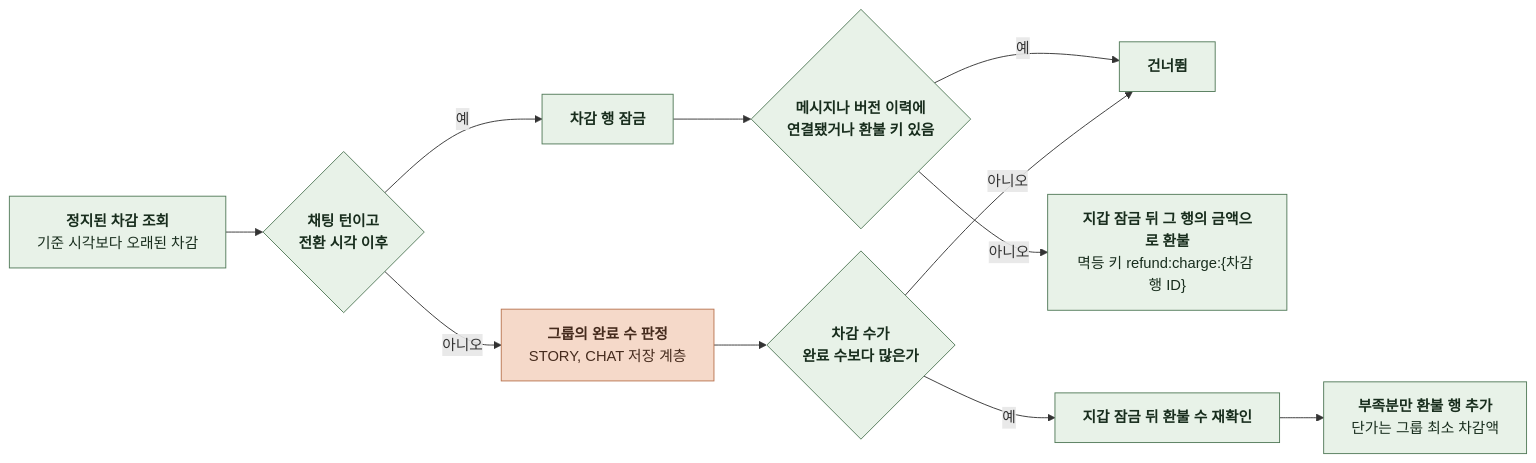
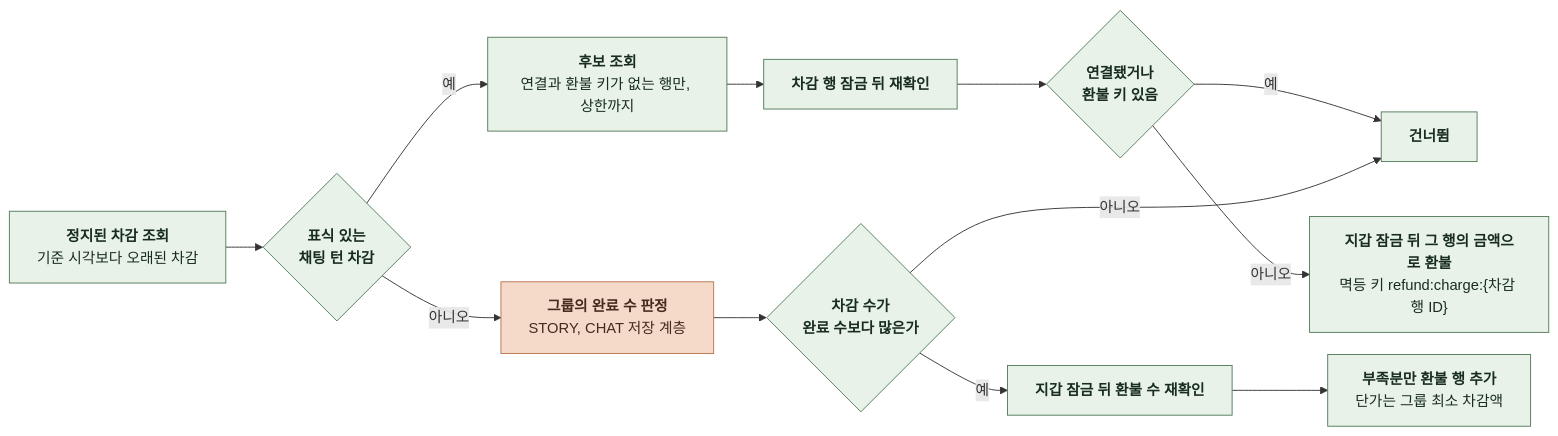
Before and after one commit to KIM-N-KANG/knk-harness: diagram 14 of 14 in docs/domain/PAYMENT/BACKEND/4-1-PIPELINES.md, drawn with Mermaid. The commit also changed other lines of this file and 15 other files, not shown here.

````diff
--- a/docs/domain/PAYMENT/BACKEND/4-1-PIPELINES.md
+++ b/docs/domain/PAYMENT/BACKEND/4-1-PIPELINES.md
@@ -397,25 +398,27 @@
 ```mermaid
 %%{init: {"flowchart": {"curve": "basis", "nodeSpacing": 24, "rankSpacing": 40}}}%%
 flowchart LR
     A["`**정지된 차감 조회**
-기준 시각보다 오래된 차감`"] --> K{"`**채팅 턴이고
-전환 시각 이후**`"}
-    K -->|예| R1["`**차감 행 잠금**`"]
-    R1 --> R2{"`**메시지나 버전 이력에
-연결됐거나 환불 키 있음**`"}
+기준 시각보다 오래된 차감`"] --> K{"`**표식 있는
+채팅 턴 차감**`"}
+    K -->|예| R0["`**후보 조회**
+연결과 환불 키가 없는 행만, 상한까지`"]
+    R0 --> R1["`**차감 행 잠금 뒤 재확인**`"]
+    R1 --> R2{"`**연결됐거나
+환불 키 있음**`"}
     R2 -->|예| N["`**건너뜀**`"]
     R2 -->|아니오| R3["`**지갑 잠금 뒤 그 행의 금액으로 환불**
 멱등 키 refund:charge:{차감 행 ID}`"]
     K -->|아니오| B["`**그룹의 완료 수 판정**
 STORY, CHAT 저장 계층`"]
     B --> C{"`**차감 수가
 완료 수보다 많은가**`"}
     C -->|아니오| N
     C -->|예| D["`**지갑 잠금 뒤 환불 수 재확인**`"]
     D --> E["`**부족분만 환불 행 추가**
 단가는 그룹 최소 차감액`"]
     classDef comp fill:#E8F2E8,stroke:#527A59,color:#182D1D
     classDef task fill:#F5D9C9,stroke:#B97450,color:#452B1D
-    class A,K,R1,R2,R3,C,D,E,N comp
+    class A,K,R0,R1,R2,R3,C,D,E,N comp
     class B task
 ```
````
